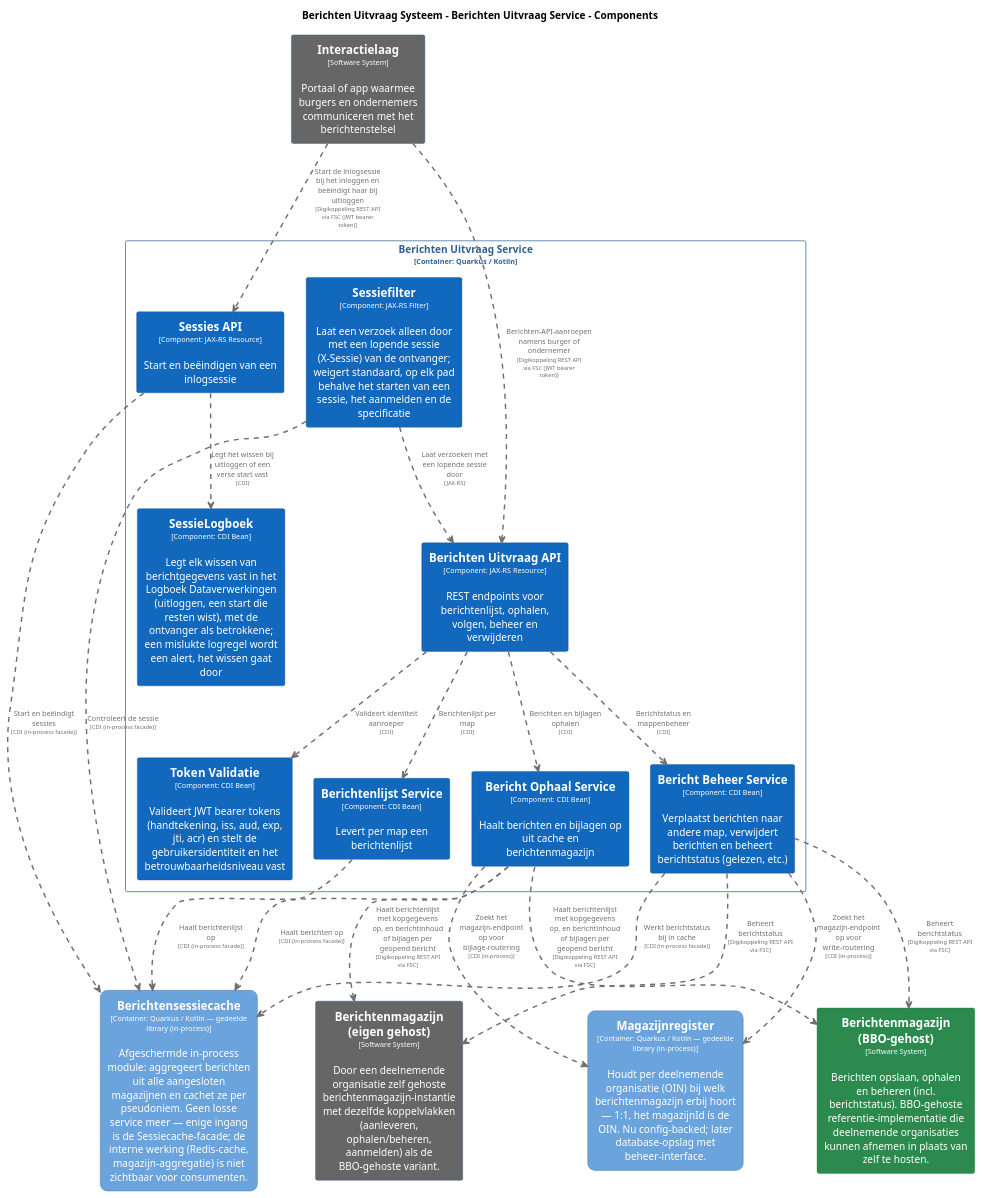
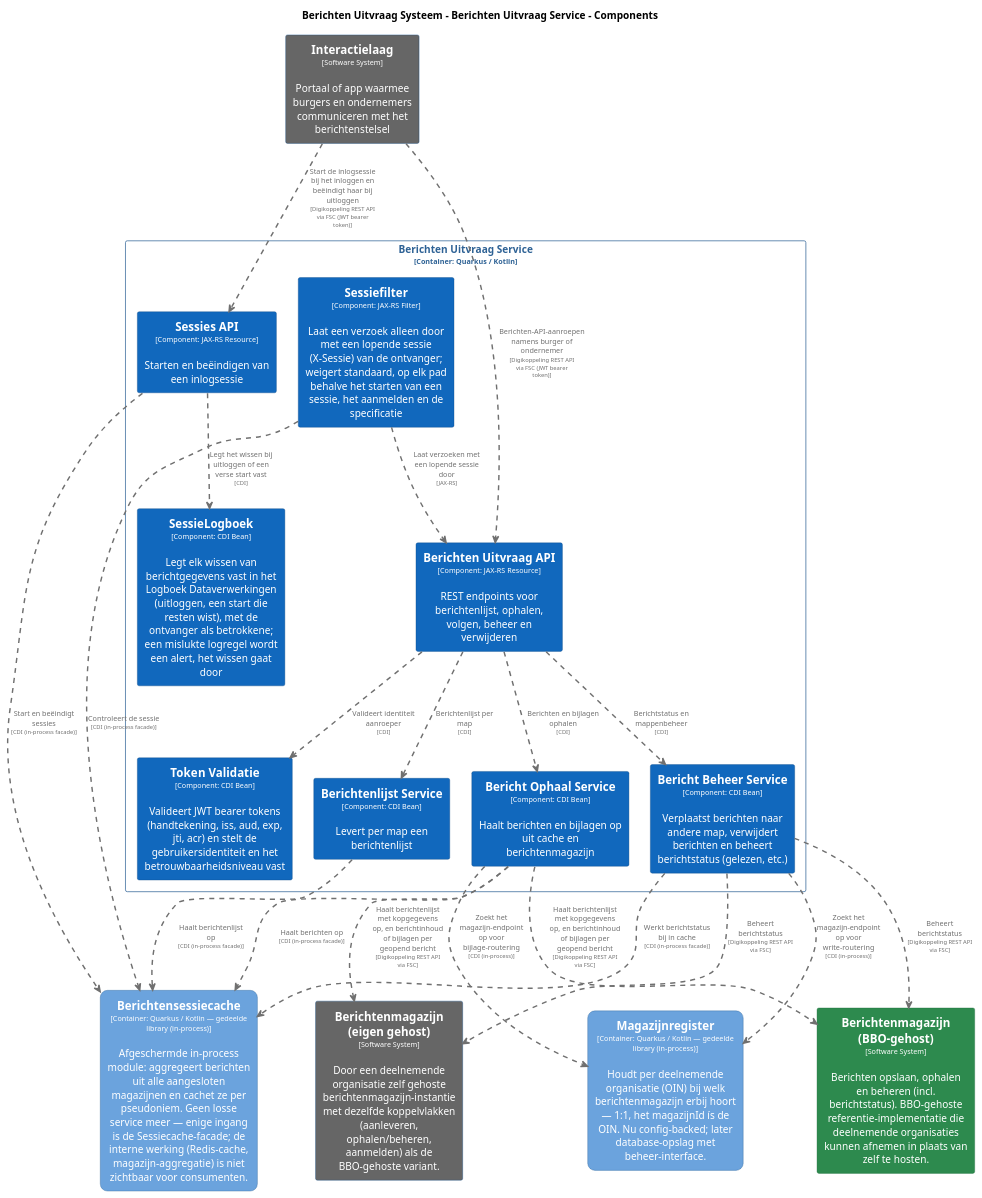
The diagram in pr-preview/pr-422/master/puml/BerichtenUitvraagServiceComponenten.puml (MinBZK/moza-poc-fbs-berichtenbox), drawn with PlantUML before and after one commit. The commit also changed 12 other files, not shown here.

```diff
--- a/pr-preview/pr-422/master/puml/BerichtenUitvraagServiceComponenten.puml
+++ b/pr-preview/pr-422/master/puml/BerichtenUitvraagServiceComponenten.puml
@@ -1,140 +1,140 @@
 @startuml
 set separator none
 title Berichten Uitvraag Systeem - Berichten Uitvraag Service - Components
 
 top to bottom direction
 skinparam ranksep 60
 skinparam nodesep 30
 
 skinparam {
   arrowFontSize 10
   defaultTextAlignment center
   wrapWidth 200
   maxMessageSize 100
 }
 
 hide stereotype
 
 skinparam rectangle<<BerichtenUitvraagSysteem.BerichtenUitvraagService.BerichtBeheerService>> {
   BackgroundColor #1168bd
   FontColor #ffffff
   BorderColor #0b4884
   shadowing false
 }
 skinparam rectangle<<BerichtenUitvraagSysteem.BerichtenUitvraagService.BerichtOphaalService>> {
   BackgroundColor #1168bd
   FontColor #ffffff
   BorderColor #0b4884
   shadowing false
 }
 skinparam rectangle<<BerichtenUitvraagSysteem.BerichtenUitvraagService.BerichtenUitvraagAPI>> {
   BackgroundColor #1168bd
   FontColor #ffffff
   BorderColor #0b4884
   shadowing false
 }
 skinparam rectangle<<BerichtenUitvraagSysteem.BerichtenUitvraagService.BerichtenlijstService>> {
   BackgroundColor #1168bd
   FontColor #ffffff
   BorderColor #0b4884
   shadowing false
 }
 skinparam rectangle<<BerichtenmagazijnBBOgehost>> {
   BackgroundColor #2d8a4e
   FontColor #ffffff
   BorderColor #1e6b38
   shadowing false
 }
 skinparam rectangle<<Berichtenmagazijneigengehost>> {
   BackgroundColor #666666
   FontColor #ffffff
   BorderColor #0b4884
   shadowing false
 }
 skinparam rectangle<<BerichtenUitvraagSysteem.Berichtensessiecache>> {
   BackgroundColor #6ba3dd
   FontColor #ffffff
   BorderColor #2e6295
   roundCorner 20
   shadowing false
 }
 skinparam rectangle<<Interactielaag>> {
   BackgroundColor #666666
   FontColor #ffffff
   BorderColor #0b4884
   shadowing false
 }
 skinparam rectangle<<BerichtenUitvraagSysteem.Magazijnregister>> {
   BackgroundColor #6ba3dd
   FontColor #ffffff
   BorderColor #2e6295
   roundCorner 20
   shadowing false
 }
 skinparam rectangle<<BerichtenUitvraagSysteem.BerichtenUitvraagService.SessieLogboek>> {
   BackgroundColor #1168bd
   FontColor #ffffff
   BorderColor #0b4884
   shadowing false
 }
 skinparam rectangle<<BerichtenUitvraagSysteem.BerichtenUitvraagService.Sessiefilter>> {
   BackgroundColor #1168bd
   FontColor #ffffff
   BorderColor #0b4884
   shadowing false
 }
 skinparam rectangle<<BerichtenUitvraagSysteem.BerichtenUitvraagService.SessiesAPI>> {
   BackgroundColor #1168bd
   FontColor #ffffff
   BorderColor #0b4884
   shadowing false
 }
 skinparam rectangle<<BerichtenUitvraagSysteem.BerichtenUitvraagService.TokenValidatie>> {
   BackgroundColor #1168bd
   FontColor #ffffff
   BorderColor #0b4884
   shadowing false
 }
 skinparam rectangle<<BerichtenUitvraagSysteem.BerichtenUitvraagService>> {
   BorderColor #2e6295
   FontColor #2e6295
   shadowing false
 }
 
 rectangle "==Interactielaag\n<size:10>[Software System]</size>\n\nPortaal of app waarmee burgers en ondernemers communiceren met het berichtenstelsel" <<Interactielaag>> as Interactielaag
 rectangle "==Berichtenmagazijn (eigen gehost)\n<size:10>[Software System]</size>\n\nDoor een deelnemende organisatie zelf gehoste berichtenmagazijn-instantie met dezelfde koppelvlakken (aanleveren, ophalen/beheren, aanmelden) als de BBO-gehoste variant." <<Berichtenmagazijneigengehost>> as Berichtenmagazijneigengehost
 rectangle "==Berichtenmagazijn (BBO-gehost)\n<size:10>[Software System]</size>\n\nBerichten opslaan, ophalen en beheren (incl. berichtstatus). BBO-gehoste referentie-implementatie die deelnemende organisaties kunnen afnemen in plaats van zelf te hosten." <<BerichtenmagazijnBBOgehost>> as BerichtenmagazijnBBOgehost
 rectangle "==Berichtensessiecache\n<size:10>[Container: Quarkus / Kotlin — gedeelde library (in-process)]</size>\n\nAfgeschermde in-process module: aggregeert berichten uit alle aangesloten magazijnen en cachet ze per pseudoniem. Geen losse service meer — enige ingang is de Sessiecache-facade; de interne werking (Redis-cache, magazijn-aggregatie) is niet zichtbaar voor consumenten." <<BerichtenUitvraagSysteem.Berichtensessiecache>> as BerichtenUitvraagSysteem.Berichtensessiecache
 rectangle "==Magazijnregister\n<size:10>[Container: Quarkus / Kotlin — gedeelde library (in-process)]</size>\n\nHoudt per deelnemende organisatie (OIN) bij welk berichtenmagazijn erbij hoort — 1:1, het magazijnId ís de OIN. Nu config-backed; later database-opslag met beheer-interface." <<BerichtenUitvraagSysteem.Magazijnregister>> as BerichtenUitvraagSysteem.Magazijnregister
 
 rectangle "Berichten Uitvraag Service\n<size:10>[Container: Quarkus / Kotlin]</size>" <<BerichtenUitvraagSysteem.BerichtenUitvraagService>> {
   rectangle "==Berichten Uitvraag API\n<size:10>[Component: JAX-RS Resource]</size>\n\nREST endpoints voor berichtenlijst, ophalen, volgen, beheer en verwijderen" <<BerichtenUitvraagSysteem.BerichtenUitvraagService.BerichtenUitvraagAPI>> as BerichtenUitvraagSysteem.BerichtenUitvraagService.BerichtenUitvraagAPI
   rectangle "==Token Validatie\n<size:10>[Component: CDI Bean]</size>\n\nValideert JWT bearer tokens (handtekening, iss, aud, exp, jti, acr) en stelt de gebruikersidentiteit en het betrouwbaarheidsniveau vast" <<BerichtenUitvraagSysteem.BerichtenUitvraagService.TokenValidatie>> as BerichtenUitvraagSysteem.BerichtenUitvraagService.TokenValidatie
   rectangle "==Berichtenlijst Service\n<size:10>[Component: CDI Bean]</size>\n\nLevert per map een berichtenlijst" <<BerichtenUitvraagSysteem.BerichtenUitvraagService.BerichtenlijstService>> as BerichtenUitvraagSysteem.BerichtenUitvraagService.BerichtenlijstService
   rectangle "==Bericht Ophaal Service\n<size:10>[Component: CDI Bean]</size>\n\nHaalt berichten en bijlagen op uit cache en berichtenmagazijn" <<BerichtenUitvraagSysteem.BerichtenUitvraagService.BerichtOphaalService>> as BerichtenUitvraagSysteem.BerichtenUitvraagService.BerichtOphaalService
   rectangle "==Bericht Beheer Service\n<size:10>[Component: CDI Bean]</size>\n\nVerplaatst berichten naar andere map, verwijdert berichten en beheert berichtstatus (gelezen, etc.)" <<BerichtenUitvraagSysteem.BerichtenUitvraagService.BerichtBeheerService>> as BerichtenUitvraagSysteem.BerichtenUitvraagService.BerichtBeheerService
   rectangle "==Sessiefilter\n<size:10>[Component: JAX-RS Filter]</size>\n\nLaat een verzoek alleen door met een lopende sessie (X-Sessie) van de ontvanger; weigert standaard, op elk pad behalve het starten van een sessie, het aanmelden en de specificatie" <<BerichtenUitvraagSysteem.BerichtenUitvraagService.Sessiefilter>> as BerichtenUitvraagSysteem.BerichtenUitvraagService.Sessiefilter
-  rectangle "==Sessies API\n<size:10>[Component: JAX-RS Resource]</size>\n\nStart en beëindigen van een inlogsessie" <<BerichtenUitvraagSysteem.BerichtenUitvraagService.SessiesAPI>> as BerichtenUitvraagSysteem.BerichtenUitvraagService.SessiesAPI
+  rectangle "==Sessies API\n<size:10>[Component: JAX-RS Resource]</size>\n\nStarten en beëindigen van een inlogsessie" <<BerichtenUitvraagSysteem.BerichtenUitvraagService.SessiesAPI>> as BerichtenUitvraagSysteem.BerichtenUitvraagService.SessiesAPI
   rectangle "==SessieLogboek\n<size:10>[Component: CDI Bean]</size>\n\nLegt elk wissen van berichtgegevens vast in het Logboek Dataverwerkingen (uitloggen, een start die resten wist), met de ontvanger als betrokkene; een mislukte logregel wordt een alert, het wissen gaat door" <<BerichtenUitvraagSysteem.BerichtenUitvraagService.SessieLogboek>> as BerichtenUitvraagSysteem.BerichtenUitvraagService.SessieLogboek
 }
 
 BerichtenUitvraagSysteem.BerichtenUitvraagService.SessiesAPI .[#707070,thickness=2].> BerichtenUitvraagSysteem.Berichtensessiecache : "<color:#707070>Start en beëindigt sessies\n<color:#707070><size:8>[CDI (in-process facade)]</size>"
 BerichtenUitvraagSysteem.BerichtenUitvraagService.BerichtOphaalService .[#707070,thickness=2].> BerichtenUitvraagSysteem.Berichtensessiecache : "<color:#707070>Haalt berichten op\n<color:#707070><size:8>[CDI (in-process facade)]</size>"
 BerichtenUitvraagSysteem.BerichtenUitvraagService.BerichtenlijstService .[#707070,thickness=2].> BerichtenUitvraagSysteem.Berichtensessiecache : "<color:#707070>Haalt berichtenlijst op\n<color:#707070><size:8>[CDI (in-process facade)]</size>"
 BerichtenUitvraagSysteem.BerichtenUitvraagService.BerichtBeheerService .[#707070,thickness=2].> BerichtenUitvraagSysteem.Berichtensessiecache : "<color:#707070>Werkt berichtstatus bij in cache\n<color:#707070><size:8>[CDI (in-process facade)]</size>"
 BerichtenUitvraagSysteem.BerichtenUitvraagService.BerichtOphaalService .[#707070,thickness=2].> BerichtenUitvraagSysteem.Magazijnregister : "<color:#707070>Zoekt het magazijn-endpoint op voor bijlage-routering\n<color:#707070><size:8>[CDI (in-process)]</size>"
 BerichtenUitvraagSysteem.BerichtenUitvraagService.BerichtBeheerService .[#707070,thickness=2].> BerichtenUitvraagSysteem.Magazijnregister : "<color:#707070>Zoekt het magazijn-endpoint op voor write-routering\n<color:#707070><size:8>[CDI (in-process)]</size>"
 Interactielaag .[#707070,thickness=2].> BerichtenUitvraagSysteem.BerichtenUitvraagService.BerichtenUitvraagAPI : "<color:#707070>Berichten-API-aanroepen namens burger of ondernemer\n<color:#707070><size:8>[Digikoppeling REST API via FSC (JWT bearer token)]</size>"
 Interactielaag .[#707070,thickness=2].> BerichtenUitvraagSysteem.BerichtenUitvraagService.SessiesAPI : "<color:#707070>Start de inlogsessie bij het inloggen en beëindigt haar bij uitloggen\n<color:#707070><size:8>[Digikoppeling REST API via FSC (JWT bearer token)]</size>"
 BerichtenUitvraagSysteem.BerichtenUitvraagService.BerichtOphaalService .[#707070,thickness=2].> BerichtenmagazijnBBOgehost : "<color:#707070>Haalt berichtenlijst met kopgegevens op, en berichtinhoud of bijlagen per geopend bericht\n<color:#707070><size:8>[Digikoppeling REST API via FSC]</size>"
 BerichtenUitvraagSysteem.BerichtenUitvraagService.BerichtBeheerService .[#707070,thickness=2].> BerichtenmagazijnBBOgehost : "<color:#707070>Beheert berichtstatus\n<color:#707070><size:8>[Digikoppeling REST API via FSC]</size>"
 BerichtenUitvraagSysteem.BerichtenUitvraagService.BerichtOphaalService .[#707070,thickness=2].> Berichtenmagazijneigengehost : "<color:#707070>Haalt berichtenlijst met kopgegevens op, en berichtinhoud of bijlagen per geopend bericht\n<color:#707070><size:8>[Digikoppeling REST API via FSC]</size>"
 BerichtenUitvraagSysteem.BerichtenUitvraagService.BerichtBeheerService .[#707070,thickness=2].> Berichtenmagazijneigengehost : "<color:#707070>Beheert berichtstatus\n<color:#707070><size:8>[Digikoppeling REST API via FSC]</size>"
 BerichtenUitvraagSysteem.BerichtenUitvraagService.BerichtenUitvraagAPI .[#707070,thickness=2].> BerichtenUitvraagSysteem.BerichtenUitvraagService.TokenValidatie : "<color:#707070>Valideert identiteit aanroeper\n<color:#707070><size:8>[CDI]</size>"
 BerichtenUitvraagSysteem.BerichtenUitvraagService.BerichtenUitvraagAPI .[#707070,thickness=2].> BerichtenUitvraagSysteem.BerichtenUitvraagService.BerichtenlijstService : "<color:#707070>Berichtenlijst per map\n<color:#707070><size:8>[CDI]</size>"
 BerichtenUitvraagSysteem.BerichtenUitvraagService.BerichtenUitvraagAPI .[#707070,thickness=2].> BerichtenUitvraagSysteem.BerichtenUitvraagService.BerichtOphaalService : "<color:#707070>Berichten en bijlagen ophalen\n<color:#707070><size:8>[CDI]</size>"
 BerichtenUitvraagSysteem.BerichtenUitvraagService.BerichtenUitvraagAPI .[#707070,thickness=2].> BerichtenUitvraagSysteem.BerichtenUitvraagService.BerichtBeheerService : "<color:#707070>Berichtstatus en mappenbeheer\n<color:#707070><size:8>[CDI]</size>"
 BerichtenUitvraagSysteem.BerichtenUitvraagService.Sessiefilter .[#707070,thickness=2].> BerichtenUitvraagSysteem.BerichtenUitvraagService.BerichtenUitvraagAPI : "<color:#707070>Laat verzoeken met een lopende sessie door\n<color:#707070><size:8>[JAX-RS]</size>"
 BerichtenUitvraagSysteem.BerichtenUitvraagService.SessiesAPI .[#707070,thickness=2].> BerichtenUitvraagSysteem.BerichtenUitvraagService.SessieLogboek : "<color:#707070>Legt het wissen bij uitloggen of een verse start vast\n<color:#707070><size:8>[CDI]</size>"
 BerichtenUitvraagSysteem.BerichtenUitvraagService.Sessiefilter .[#707070,thickness=2].> BerichtenUitvraagSysteem.Berichtensessiecache : "<color:#707070>Controleert de sessie\n<color:#707070><size:8>[CDI (in-process facade)]</size>"
 @enduml
```
